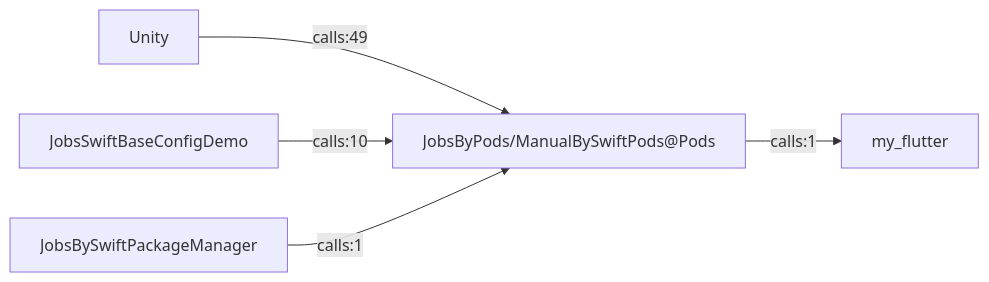
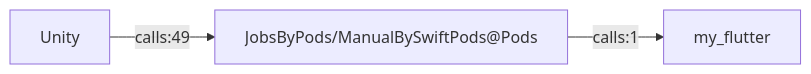
The diagram in .codegraph/codegraph.md/graphs/模块关联-Top.md (JobsKits/JobsSwiftBaseConfigDemo), drawn with Mermaid before and after one commit. The commit also changed 707 other files, not shown here.

````diff
--- a/.codegraph/codegraph.md/graphs/模块关联-Top.md
+++ b/.codegraph/codegraph.md/graphs/模块关联-Top.md
@@ -13,12 +13,8 @@
 ```mermaid
 flowchart LR
   M1["Unity"]
   M2["JobsByPods/ManualBySwiftPods@Pods"]
-  M3["JobsSwiftBaseConfigDemo"]
-  M4["my_flutter"]
-  M5["JobsBySwiftPackageManager"]
+  M3["my_flutter"]
   M1 -->|calls:49| M2
-  M3 -->|calls:10| M2
-  M2 -->|calls:1| M4
-  M5 -->|calls:1| M2
+  M2 -->|calls:1| M3
 ```
````
